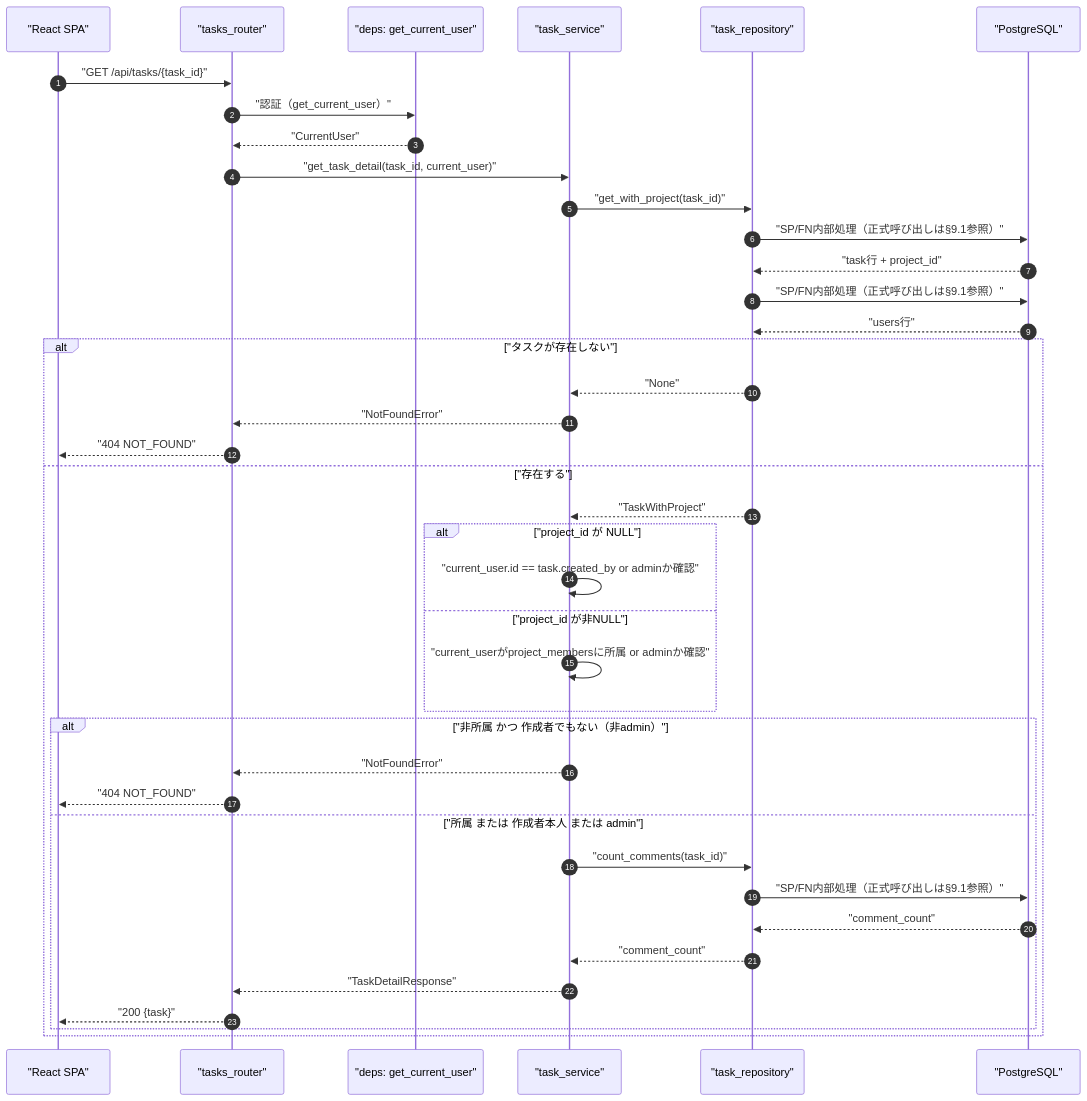
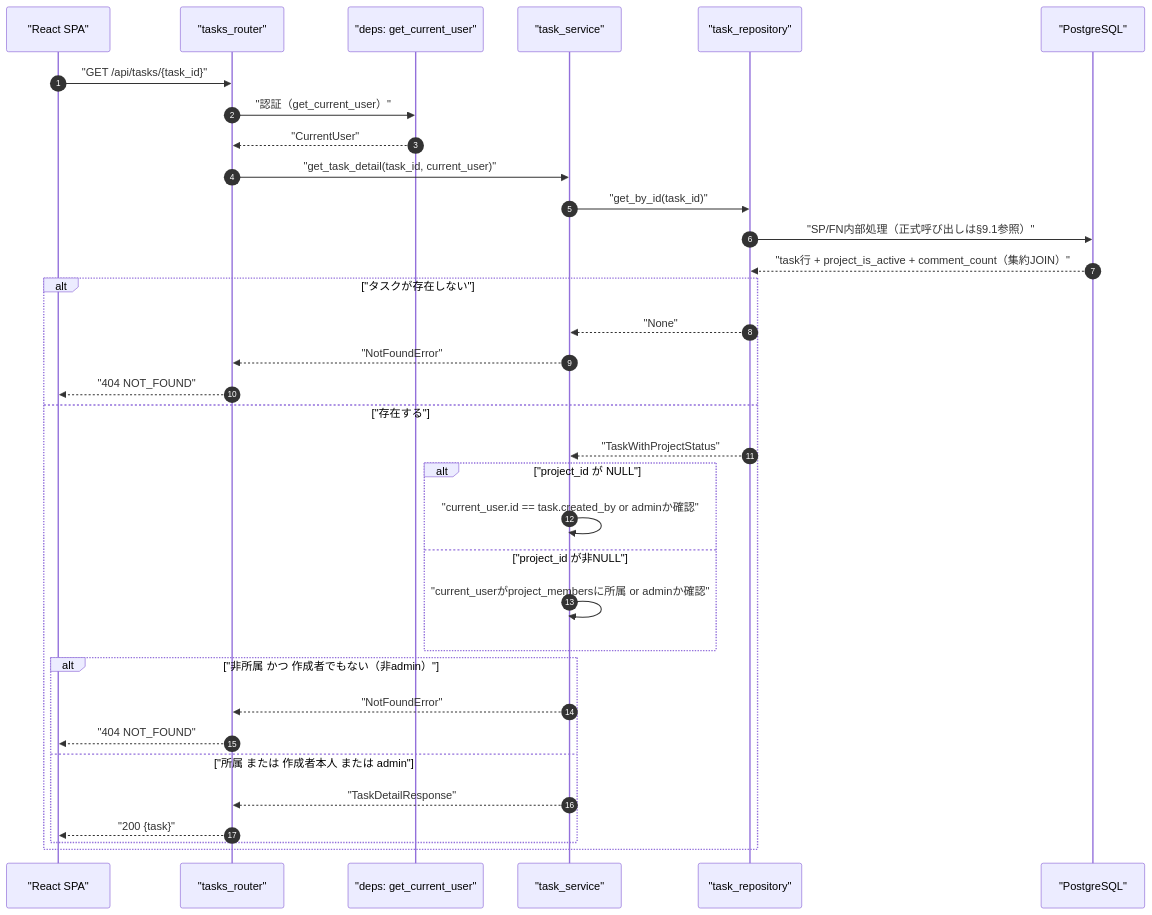
The first of 4 diagrams in docs/detailed_design/api/tasks/03_get_task.md (oikawa-d/task_management), drawn with Mermaid before and after one commit. The commit also changed other lines of this file and 75 other files, not shown here.

````diff
--- a/docs/detailed_design/api/tasks/03_get_task.md
+++ b/docs/detailed_design/api/tasks/03_get_task.md
@@ -102,43 +102,37 @@
 ```mermaid
 sequenceDiagram
     autonumber
     participant FE as "React SPA"
     participant R as "tasks_router"
     participant D as "deps: get_current_user"
     participant S as "task_service"
     participant TR as "task_repository"
     participant PG as "PostgreSQL"
 
     FE->>R: "GET /api/tasks/{task_id}"
     R->>D: "認証（get_current_user）"
     D-->>R: "CurrentUser"
     R->>S: "get_task_detail(task_id, current_user)"
-    S->>TR: "get_with_project(task_id)"
+    S->>TR: "get_by_id(task_id)"
     TR->>PG: "SP/FN内部処理（正式呼び出しは§9.1参照）"
-    PG-->>TR: "task行 + project_id"
-    TR->>PG: "SP/FN内部処理（正式呼び出しは§9.1参照）"
-    PG-->>TR: "users行"
+    PG-->>TR: "task行 + project_is_active + comment_count（集約JOIN）"
     alt "タスクが存在しない"
         TR-->>S: "None"
         S-->>R: "NotFoundError"
         R-->>FE: "404 NOT_FOUND"
     else "存在する"
-        TR-->>S: "TaskWithProject"
+        TR-->>S: "TaskWithProjectStatus"
         alt "project_id が NULL"
             S->>S: "current_user.id == task.created_by or adminか確認"
         else "project_id が非NULL"
             S->>S: "current_userがproject_membersに所属 or adminか確認"
         end
         alt "非所属 かつ 作成者でもない（非admin）"
             S-->>R: "NotFoundError"
             R-->>FE: "404 NOT_FOUND"
         else "所属 または 作成者本人 または admin"
-            S->>TR: "count_comments(task_id)"
-            TR->>PG: "SP/FN内部処理（正式呼び出しは§9.1参照）"
-            PG-->>TR: "comment_count"
-            TR-->>S: "comment_count"
             S-->>R: "TaskDetailResponse"
             R-->>FE: "200 {task}"
         end
     end
 ```
````
